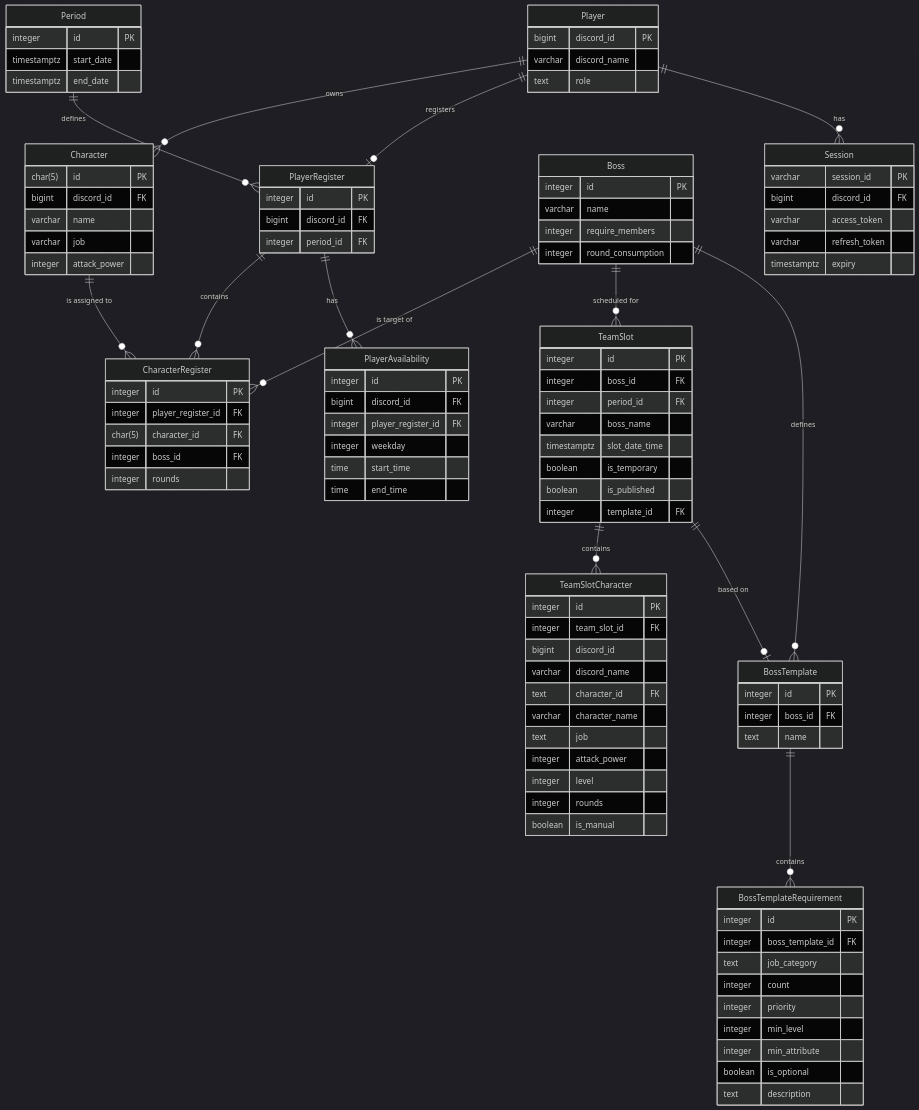
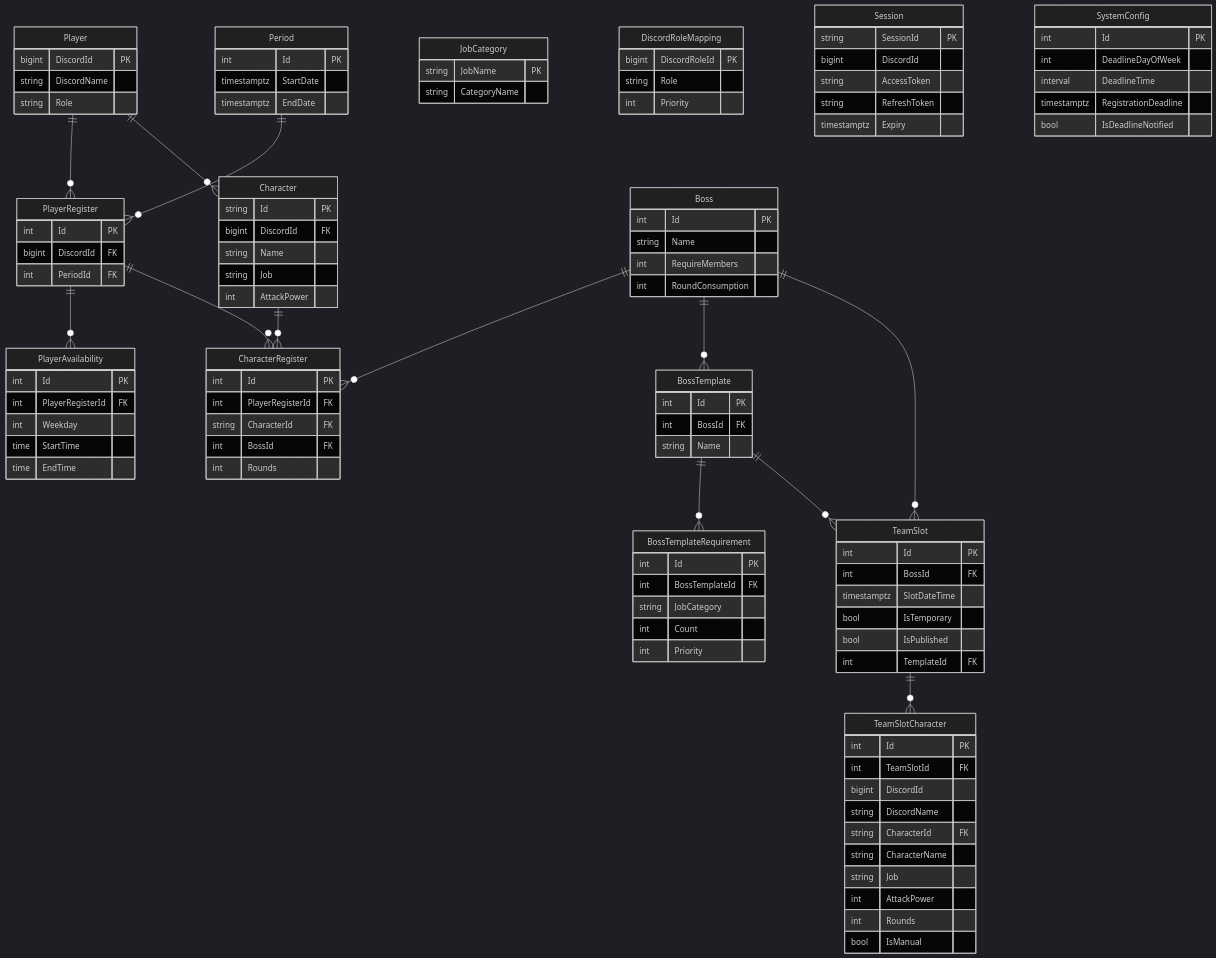
The fourth of 5 diagrams in docs/architecture.md (MinMiss5678/MapleStoryRaidScheduler), drawn with Mermaid (dark theme) before and after one commit. The commit also changed other lines of this file and 3 other files, not shown here.

````diff
--- a/docs/architecture.md
+++ b/docs/architecture.md
@@ -259,106 +305,127 @@
 ```mermaid
 erDiagram
-    Player ||--o{ Character : "owns"
-    Period ||--o{ PlayerRegister : "defines"
-    Player ||--o| PlayerRegister : "registers"
-    PlayerRegister ||--o{ CharacterRegister : "contains"
-    PlayerRegister ||--o{ PlayerAvailability : "has"
-    Boss ||--o{ CharacterRegister : "is target of"
-    Character ||--o{ CharacterRegister : "is assigned to"
-    Boss ||--o{ TeamSlot : "scheduled for"
-    TeamSlot ||--o{ TeamSlotCharacter : "contains"
-    Player ||--o{ Session : "has"
-    Boss ||--o{ BossTemplate : "defines"
-    BossTemplate ||--o{ BossTemplateRequirement : "contains"
-    TeamSlot ||--o| BossTemplate : "based on"
+    Player {
+        bigint DiscordId PK
+        string DiscordName
+        string Role
+    }
 
-    Player {
-        bigint discord_id PK
-        varchar discord_name
-        text role
+    PlayerRegister {
+        int Id PK
+        bigint DiscordId FK
+        int PeriodId FK
     }
+
+    PlayerAvailability {
+        int Id PK
+        int PlayerRegisterId FK
+        int Weekday
+        time StartTime
+        time EndTime
+    }
+
+    CharacterRegister {
+        int Id PK
+        int PlayerRegisterId FK
+        string CharacterId FK
+        int BossId FK
+        int Rounds
+    }
+
     Character {
-        char(5) id PK
-        bigint discord_id FK
-        varchar name
-        varchar job
-        integer attack_power
+        string Id PK
+        bigint DiscordId FK
+        string Name
+        string Job
+        int AttackPower
     }
+
     Boss {
-        integer id PK
-        varchar name
-        integer require_members
-        integer round_consumption
+        int Id PK
+        string Name
+        int RequireMembers
+        int RoundConsumption
     }
+
+    BossTemplate {
+        int Id PK
+        int BossId FK
+        string Name
+    }
+
+    BossTemplateRequirement {
+        int Id PK
+        int BossTemplateId FK
+        string JobCategory
+        int Count
+        int Priority
+    }
+
     Period {
-        integer id PK
-        timestamptz start_date
-        timestamptz end_date
+        int Id PK
+        timestamptz StartDate
+        timestamptz EndDate
     }
-    PlayerRegister {
-        integer id PK
-        bigint discord_id FK
-        integer period_id FK
+
+    TeamSlot {
+        int Id PK
+        int BossId FK
+        timestamptz SlotDateTime
+        bool IsTemporary
+        bool IsPublished
+        int TemplateId FK
     }
-    PlayerAvailability {
-        integer id PK
-        bigint discord_id FK
-        integer player_register_id FK
-        integer weekday
-        time start_time
-        time end_time
+
+    TeamSlotCharacter {
+        int Id PK
+        int TeamSlotId FK
+        bigint DiscordId
+        string DiscordName
+        string CharacterId FK
+        string CharacterName
+        string Job
+        int AttackPower
+        int Rounds
+        bool IsManual
     }
-    CharacterRegister {
-        integer id PK
-        integer player_register_id FK
-        char(5) character_id FK
-        integer boss_id FK
-        integer rounds
+
+    JobCategory {
+        string JobName PK
+        string CategoryName
     }
-    TeamSlot {
-        integer id PK
-        integer boss_id FK
-        integer period_id FK
-        varchar boss_name
-        timestamptz slot_date_time
-        boolean is_temporary
-        boolean is_published
-        integer template_id FK
+
+    DiscordRoleMapping {
+        bigint DiscordRoleId PK
+        string Role
+        int Priority
     }
-    TeamSlotCharacter {
-        integer id PK
-        integer team_slot_id FK
-        bigint discord_id
-        varchar discord_name
-        text character_id FK
-        varchar character_name
-        text job
-        integer attack_power
-        integer level
-        integer rounds
-        boolean is_manual
+
+    Session {
+        string SessionId PK
+        bigint DiscordId
+        string AccessToken
+        string RefreshToken
+        timestamptz Expiry
     }
-    Session {
-        varchar session_id PK
-        bigint discord_id FK
-        varchar access_token
-        varchar refresh_token
-        timestamptz expiry
+
+    SystemConfig {
+        int Id PK
+        int DeadlineDayOfWeek
+        interval DeadlineTime
+        timestamptz RegistrationDeadline
+        bool IsDeadlineNotified
     }
-    BossTemplate {
-        integer id PK
-        integer boss_id FK
-        text name
-    }
-    BossTemplateRequirement {
-        integer id PK
-        integer boss_template_id FK
-        text job_category
-        integer count
-        integer priority
-        integer min_level
-        integer min_attribute
-        boolean is_optional
-        text description
-    }
+
+    Player ||--o{ PlayerRegister : ""
+    Period ||--o{ PlayerRegister : ""
+    PlayerRegister ||--o{ PlayerAvailability : ""
+    PlayerRegister ||--o{ CharacterRegister : ""
+    Character ||--o{ CharacterRegister : ""
+    Boss ||--o{ CharacterRegister : ""
+    Player ||--o{ Character : ""
+    Boss ||--o{ BossTemplate : ""
+    BossTemplate ||--o{ BossTemplateRequirement : ""
+    Boss ||--o{ TeamSlot : ""
+    BossTemplate ||--o{ TeamSlot : ""
+    TeamSlot ||--o{ TeamSlotCharacter : ""
 ```
````
